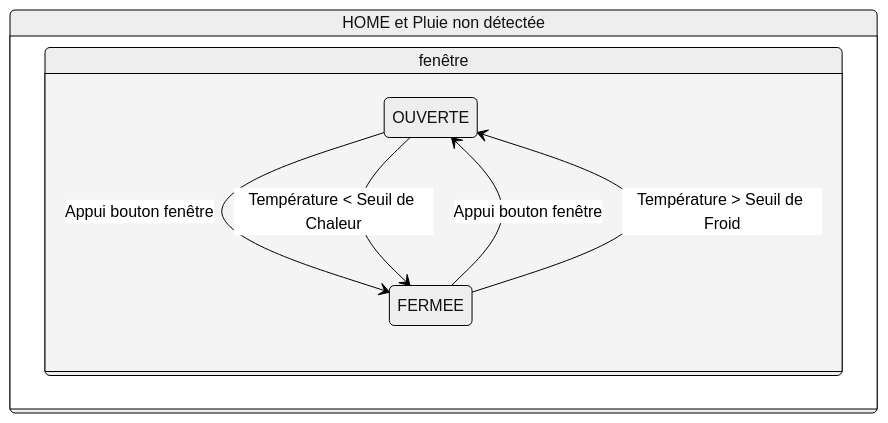
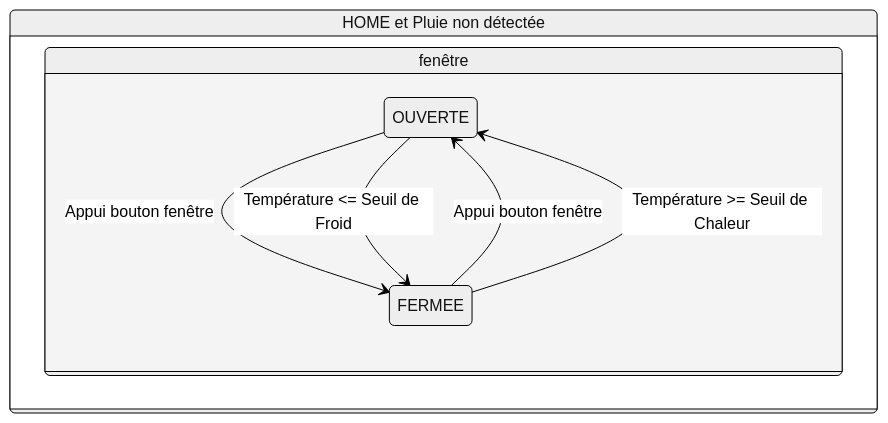
The fifth of 5 diagrams in architecture_numeriques_embarquees/STM32CubeIDE_v1.19.0/Rapport/Rapport.md (benoitdekeyn/E4SE_TD_TP), drawn with Mermaid (neutral theme) before and after one commit. The commit also changed other lines of this file and 10 other files, not shown here.

````diff
--- a/architecture_numeriques_embarquees/STM32CubeIDE_v1.19.0/Rapport/Rapport.md
+++ b/architecture_numeriques_embarquees/STM32CubeIDE_v1.19.0/Rapport/Rapport.md
@@ -2444,14 +2442,14 @@
 ```mermaid
 stateDiagram
     state "HOME et Pluie non détectée" as HOME {
         state "fenêtre" as fenetre{
         state "OUVERTE" as OUVERTE
         state "FERMEE" as FERMEE
         OUVERTE --> FERMEE: Appui bouton fenêtre
         FERMEE --> OUVERTE: Appui bouton fenêtre  
-        OUVERTE --> FERMEE: Température < Seuil de Chaleur
-        FERMEE --> OUVERTE: Température > Seuil de Froid
+        FERMEE --> OUVERTE: Température >= Seuil de Chaleur
+        OUVERTE --> FERMEE: Température <= Seuil de Froid
         }
         
     }
 ```
````
